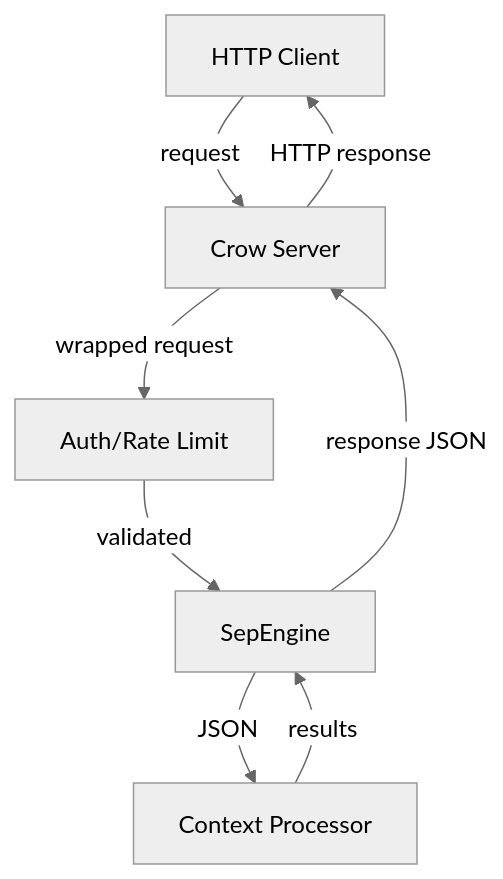
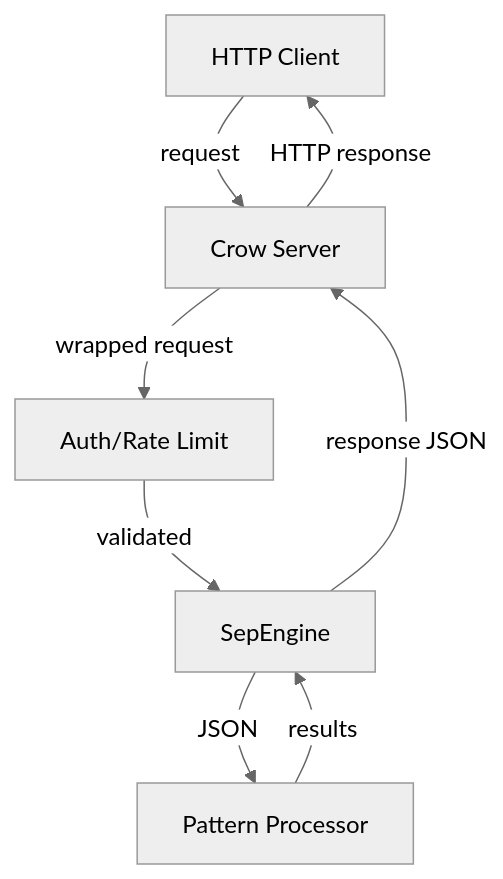
Before and after one commit to SepDynamics/sep: the first of 5 diagrams in docs/diagrams/include-api.md, drawn with Mermaid (neutral theme). The commit also changed other lines of this file and 1 other file, not shown here.

Commit message:
docs: update dependency diagrams

````diff
--- a/docs/diagrams/include-api.md
+++ b/docs/diagrams/include-api.md
@@ -9,15 +9,15 @@
 ```mermaid
 flowchart TD
     HttpClient[HTTP Client]
     CrowServer[Crow Server]
     Middleware[Auth/Rate Limit]
     SepEngine[SepEngine]
-    Processor[Context Processor]
+    Processor[Pattern Processor]
     HttpClient -- request --> CrowServer
     CrowServer -- wrapped request --> Middleware
     Middleware -- validated --> SepEngine
     SepEngine -- JSON --> Processor
     Processor -- results --> SepEngine
     SepEngine -- response JSON --> CrowServer
     CrowServer -- HTTP response --> HttpClient
 ```
````
